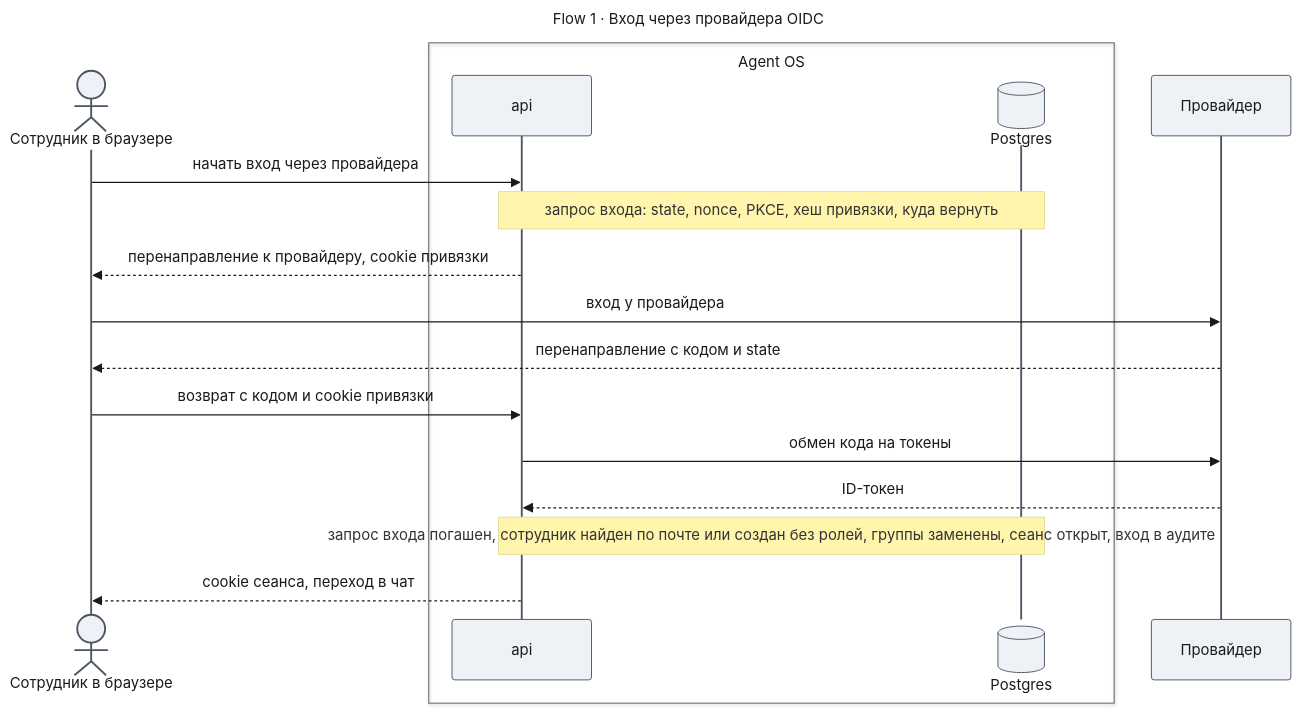
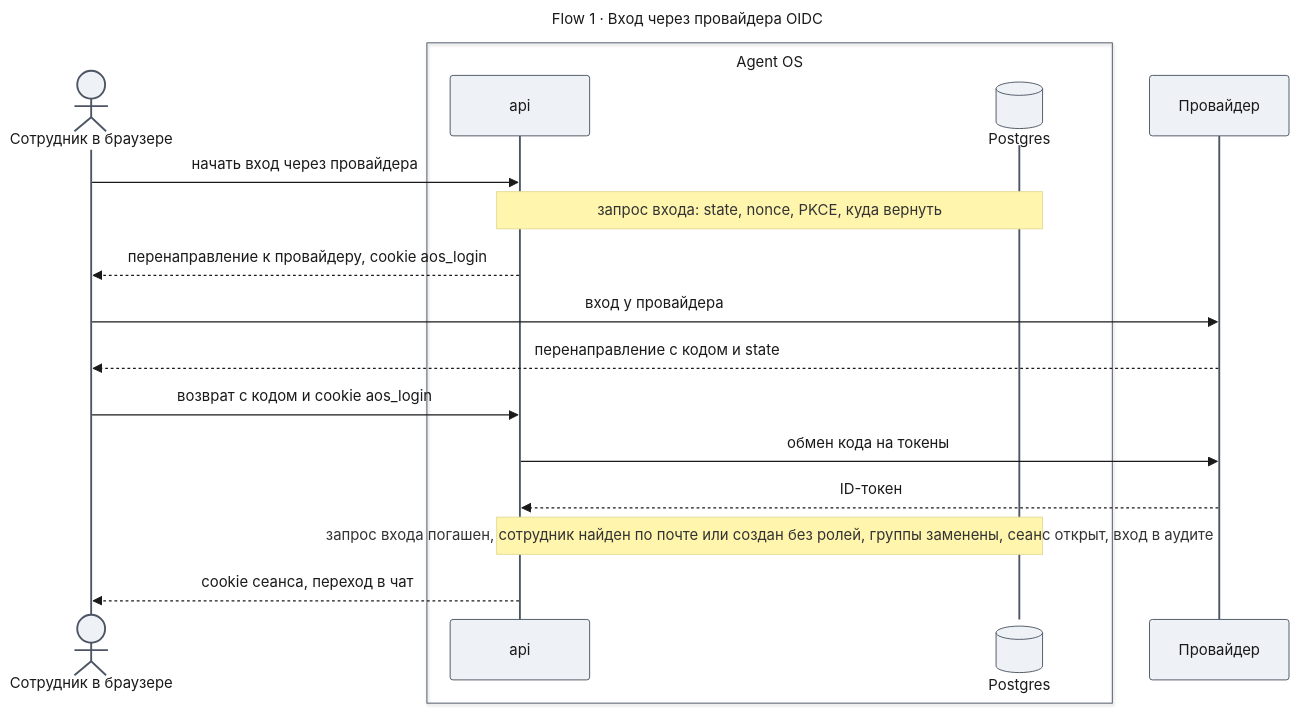
Before and after one commit to tundraray/agent-os: the sixth of 9 diagrams in docs/features/enterprise-access/design-identity.md, drawn with Mermaid. The commit also changed other lines of this file and 6 other files, not shown here.

````diff
--- a/docs/features/enterprise-access/design-identity.md
+++ b/docs/features/enterprise-access/design-identity.md
@@ -526,41 +506,41 @@
 ```mermaid
 ---
 title: "Flow 1 · Вход через провайдера OIDC"
 config:
   theme: base
   look: classic
   themeVariables:
     primaryColor: "#eef1f5"
     primaryBorderColor: "#4b5563"
     primaryTextColor: "#1a1a1a"
     lineColor: "#6b7280"
   themeCSS: |
     @keyframes lit_f1{0%,11.25%{stroke:#991b1b;stroke-width:6px}12.5%,100%{stroke:#37474f;stroke-width:2px}}
     @keyframes litr_f1{0%,11.25%{stroke:#1d4ed8;stroke-width:6px}12.5%,100%{stroke:#37474f;stroke-width:2px}}
     .messageLine0[data-id='i0'],.messageLine1[data-id='i0']{animation:lit_f1 9.6s linear 0s infinite}
     .messageLine0[data-id='i2'],.messageLine1[data-id='i2']{animation:litr_f1 9.6s linear 1.2s infinite}
     .messageLine0[data-id='i3'],.messageLine1[data-id='i3']{animation:lit_f1 9.6s linear 2.4s infinite}
     .messageLine0[data-id='i4'],.messageLine1[data-id='i4']{animation:litr_f1 9.6s linear 3.6s infinite}
     .messageLine0[data-id='i5'],.messageLine1[data-id='i5']{animation:lit_f1 9.6s linear 4.8s infinite}
     .messageLine0[data-id='i6'],.messageLine1[data-id='i6']{animation:lit_f1 9.6s linear 6s infinite}
     .messageLine0[data-id='i7'],.messageLine1[data-id='i7']{animation:litr_f1 9.6s linear 7.2s infinite}
     .messageLine0[data-id='i9'],.messageLine1[data-id='i9']{animation:litr_f1 9.6s linear 8.4s infinite}
 ---
 sequenceDiagram
     actor U as Сотрудник в браузере
     box Agent OS
     participant A as api
     participant DB@{ "type": "database" } as Postgres
     end
     participant I as Провайдер
     U->>A: начать вход через провайдера
-    Note over A,DB: запрос входа: state, nonce, PKCE, хеш привязки, куда вернуть
-    A-->>U: перенаправление к провайдеру, cookie привязки
+    Note over A,DB: запрос входа: state, nonce, PKCE, куда вернуть
+    A-->>U: перенаправление к провайдеру, cookie aos_login
     U->>I: вход у провайдера
     I-->>U: перенаправление с кодом и state
-    U->>A: возврат с кодом и cookie привязки
+    U->>A: возврат с кодом и cookie aos_login
     A->>I: обмен кода на токены
     I-->>A: ID-токен
     Note over A,DB: запрос входа погашен, сотрудник найден по почте или создан без ролей, группы заменены, сеанс открыт, вход в аудите
     A-->>U: cookie сеанса, переход в чат
 ```
````
